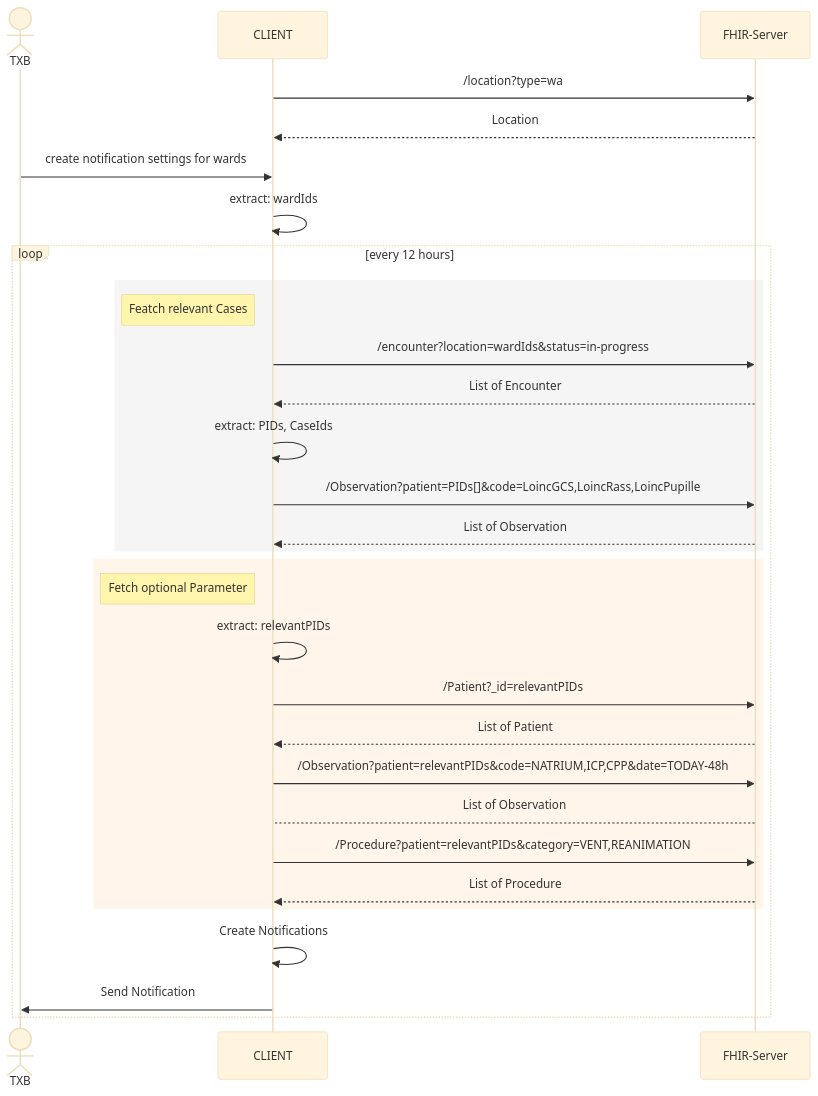
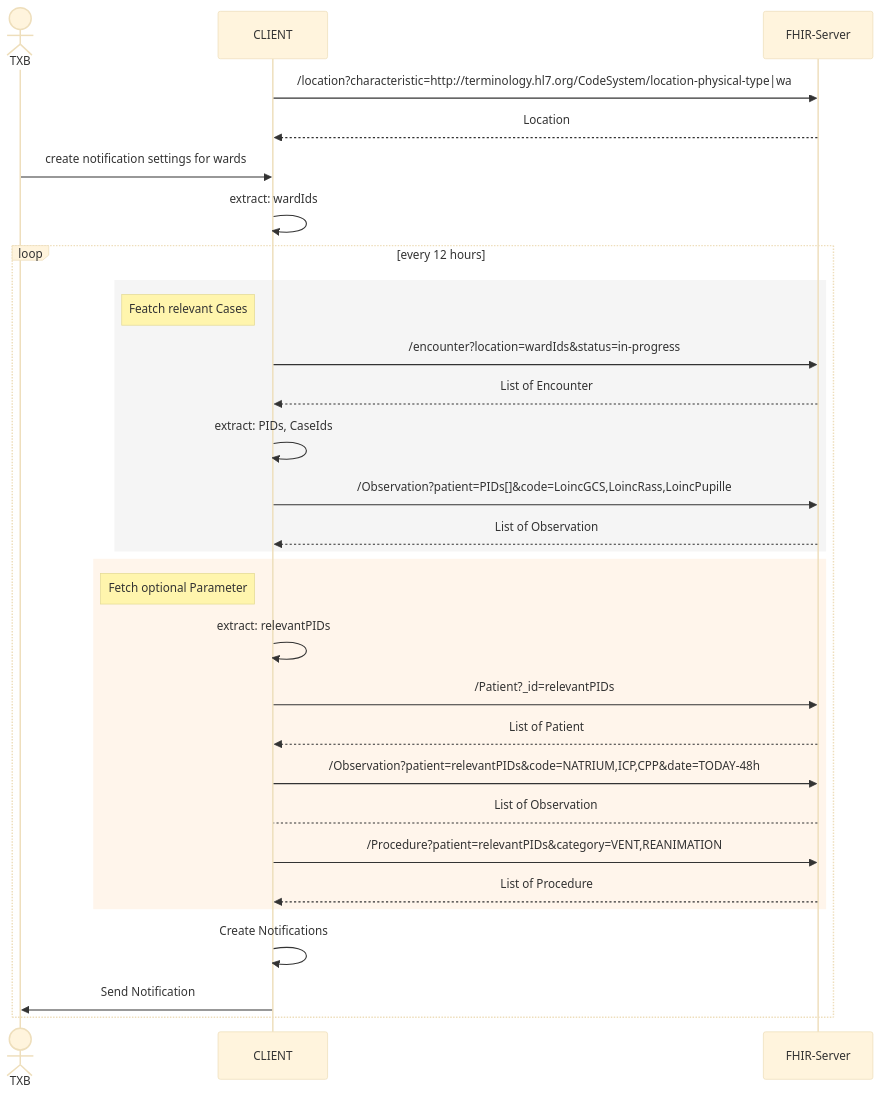
The diagram in Material/Organspendeerkennung/diagrams/sequenzdiagramm-abfragen.mermaid (gematik/spec-ISiK-Basismodul), drawn with Mermaid (base theme) before and after one commit. The commit also changed 3 other files, not shown here.

First line of the commit message:
Stufe-6/ Organ/update-diagram-for-searching-wards-ptdata-2325 (#1296)

```diff
--- a/Material/Organspendeerkennung/diagrams/sequenzdiagramm-abfragen.mermaid
+++ b/Material/Organspendeerkennung/diagrams/sequenzdiagramm-abfragen.mermaid
@@ -1,33 +1,33 @@
 sequenceDiagram
     actor TXB
     participant D as CLIENT
     participant F as FHIR-Server
 
-    D->>F:/location?type=wa
+    D->>F:/location?characteristic=http://terminology.hl7.org/CodeSystem/location-physical-type|wa
     F-->>D:Location
 
     TXB->>D: create notification settings for wards
     D->>D: extract: wardIds
 
     loop every 12 hours
         rect rgb(245, 245, 245)
             note left of D: Featch relevant Cases
             D->>F: /encounter?location=wardIds&status=in-progress
             F-->>D: List of Encounter
             D->>D: extract: PIDs, CaseIds
             D->>F: /Observation?patient=PIDs[]&code=LoincGCS,LoincRass,LoincPupille
             F-->>D: List of Observation
         end
         rect rgb(255, 245, 235)
             note left of D: Fetch optional Parameter
             D->>D: extract: relevantPIDs
             D->>F: /Patient?_id=relevantPIDs
             F-->>D: List of Patient
             D->>F: /Observation?patient=relevantPIDs&code=NATRIUM,ICP,CPP&date=TODAY-48h
             F-->D: List of Observation
             D->>F: /Procedure?patient=relevantPIDs&category=VENT,REANIMATION
             F-->>D: List of Procedure
         end
         D->>D: Create Notifications
         D->>TXB: Send Notification
     end
```
